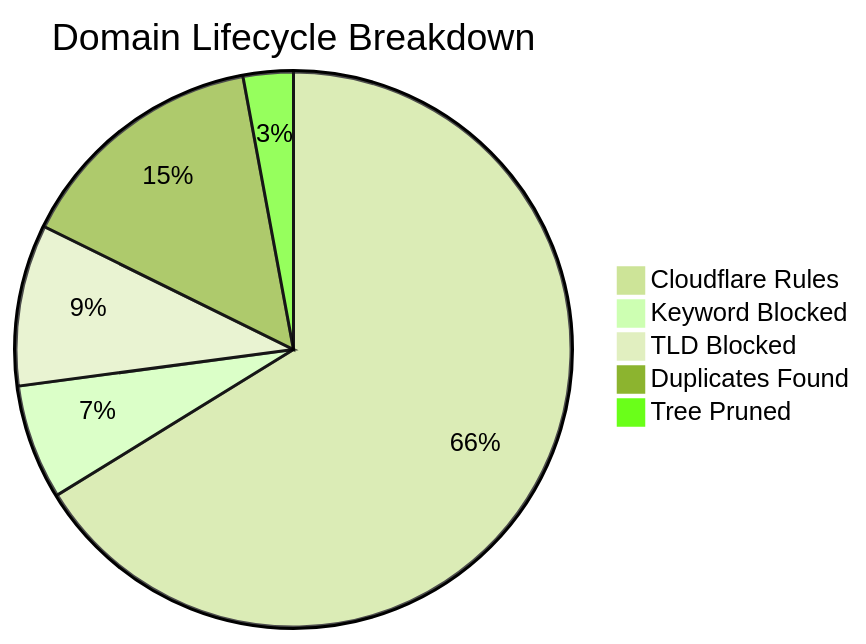
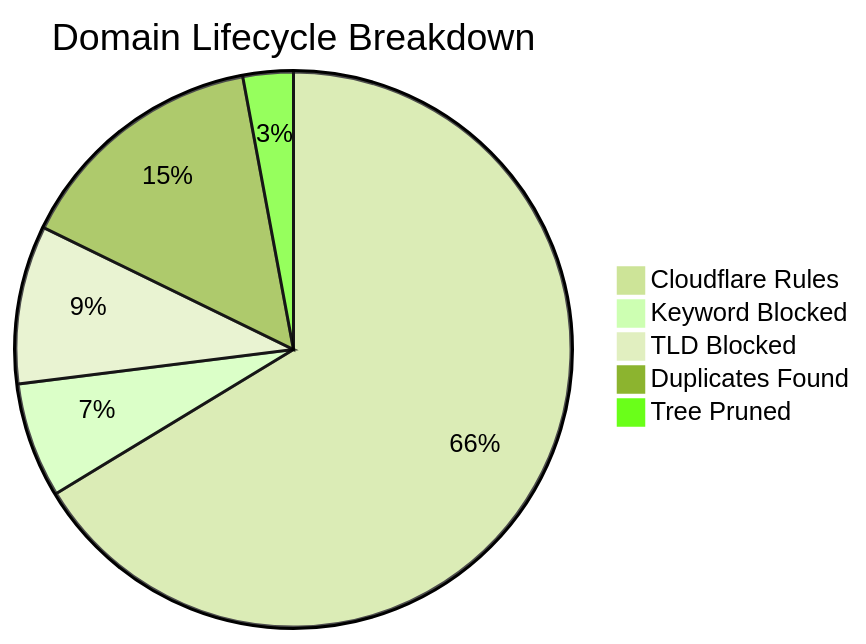
Before and after one commit to brojangles24/Cloudflare-ZeroTrust-AdBlock: the diagram in README_STATS.md, drawn with Mermaid (forest theme). The commit also changed other lines of this file and 1 other file, not shown here.

````diff
--- a/README_STATS.md
+++ b/README_STATS.md
@@ -5,8 +5,8 @@
 ```mermaid
 pie title Domain Lifecycle Breakdown
-    "Cloudflare Rules" : 278289
-    "Keyword Blocked" : 28088
-    "TLD Blocked" : 39497
-    "Duplicates Found" : 62181
-    "Tree Pruned" : 12251
+    "Cloudflare Rules" : 277941
+    "Keyword Blocked" : 28092
+    "TLD Blocked" : 38590
+    "Duplicates Found" : 62225
+    "Tree Pruned" : 12271
 ```
````
